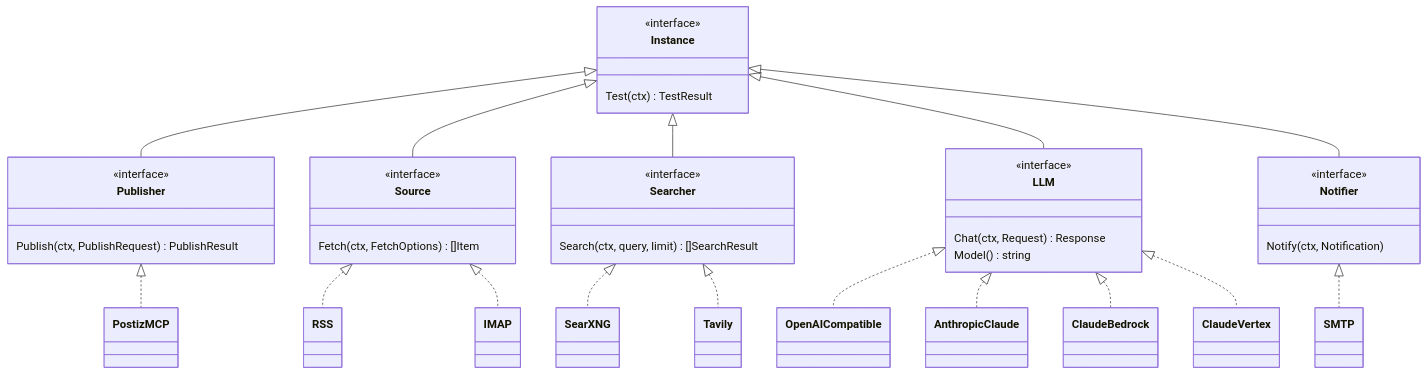
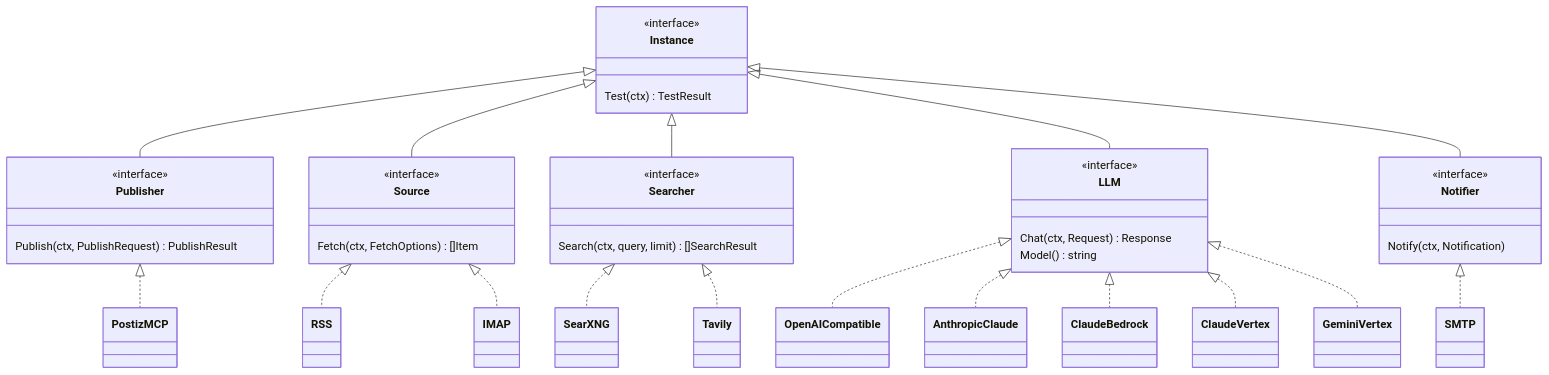
One commit to j75689/cueflow changed the second of 6 diagrams in docs/zh-TW/architecture.md. Above: the diagram before and after it, drawn with Mermaid. The commit also changed other lines of this file and 8 other files, not shown here.

First line of the commit message:
feat: Gemini on Vertex AI connector

````diff
--- a/docs/zh-TW/architecture.md
+++ b/docs/zh-TW/architecture.md
@@ -111,43 +111,44 @@
 ```mermaid
 classDiagram
     class Instance {
         <<interface>>
         Test(ctx) TestResult
     }
     class Publisher {
         <<interface>>
         Publish(ctx, PublishRequest) PublishResult
     }
     class Source {
         <<interface>>
         Fetch(ctx, FetchOptions) []Item
     }
     class Searcher {
         <<interface>>
         Search(ctx, query, limit) []SearchResult
     }
     class LLM {
         <<interface>>
         Chat(ctx, Request) Response
         Model() string
     }
     class Notifier {
         <<interface>>
         Notify(ctx, Notification)
     }
     Instance <|-- Publisher
     Instance <|-- Source
     Instance <|-- Searcher
     Instance <|-- LLM
     Instance <|-- Notifier
     Publisher <|.. PostizMCP
     Source <|.. RSS
     Source <|.. IMAP
     Searcher <|.. SearXNG
     Searcher <|.. Tavily
     LLM <|.. OpenAICompatible
     LLM <|.. AnthropicClaude
     LLM <|.. ClaudeBedrock
     LLM <|.. ClaudeVertex
+    LLM <|.. GeminiVertex
     Notifier <|.. SMTP
 ```
````
